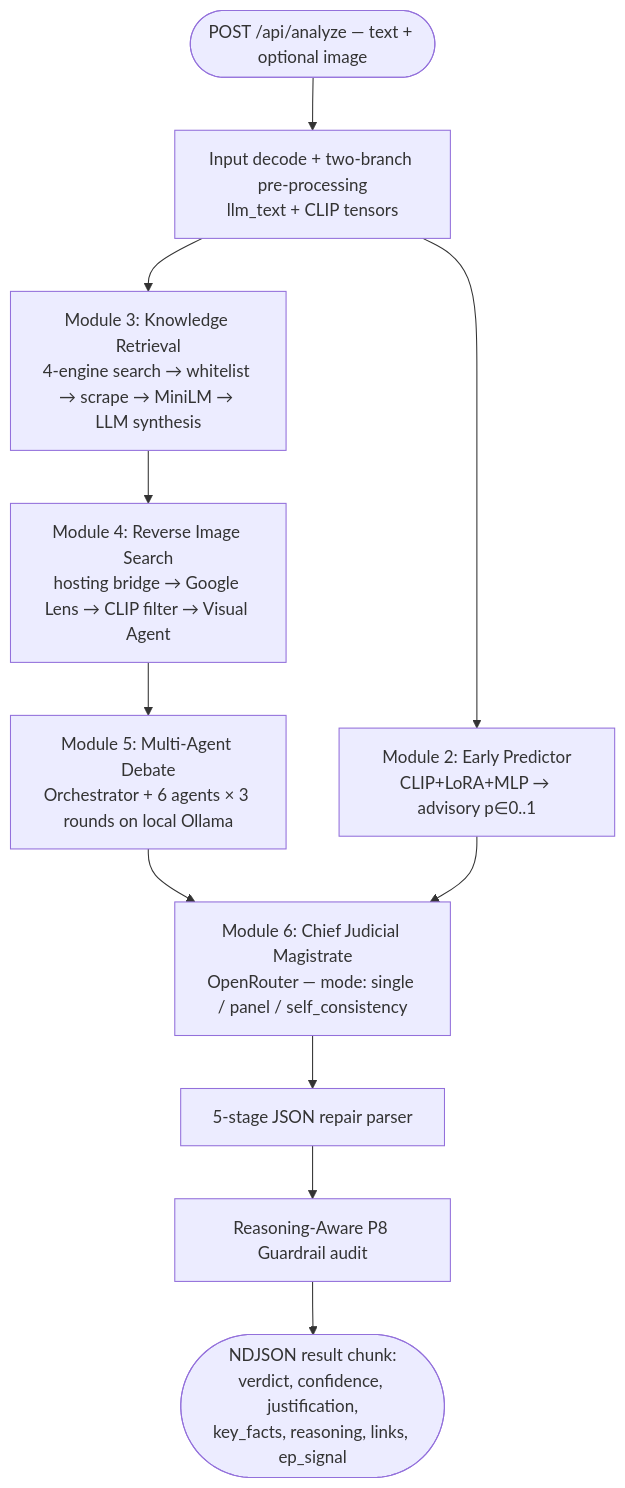
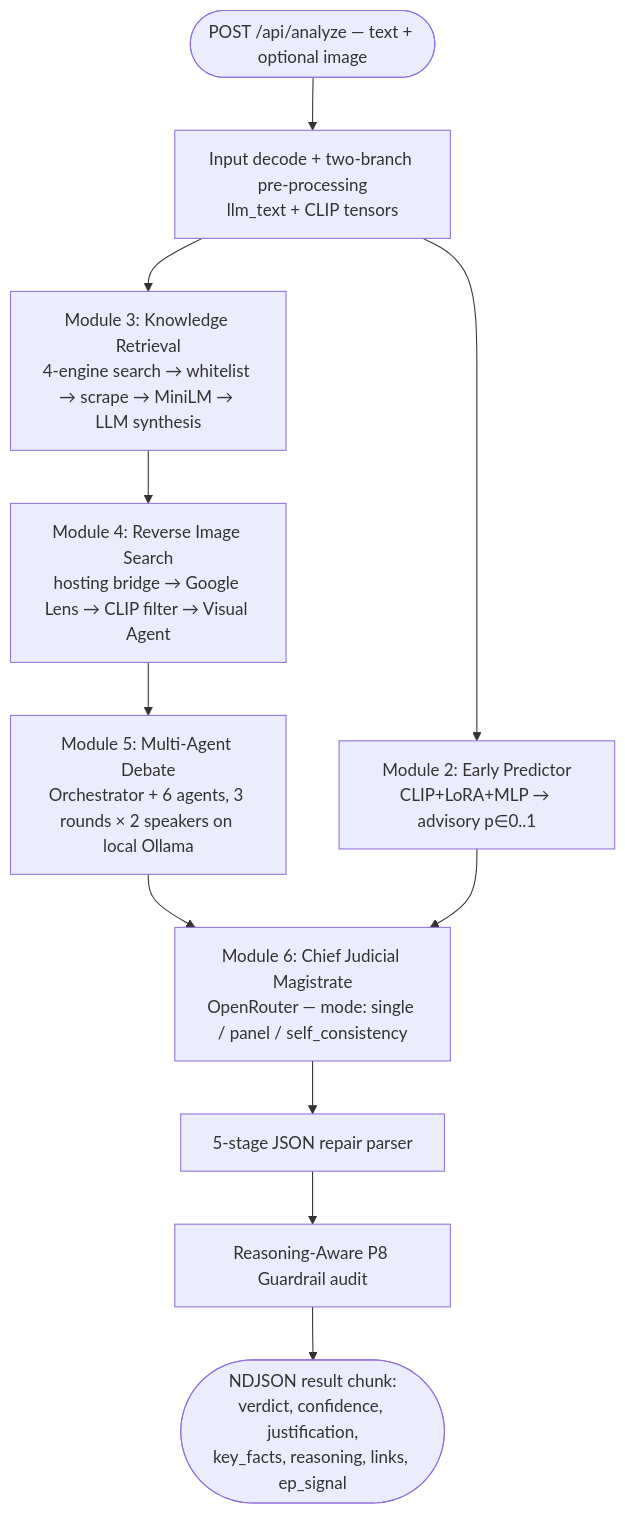
The diagram in docs/RAHMAD_COMPREHENSIVE_SYSTEM_DOCUMENTATION.md (MeTheGreat1474/RAHMAD), drawn with Mermaid before and after one commit. The commit also changed other lines of this file and 11 other files, not shown here.

````diff
--- a/docs/RAHMAD_COMPREHENSIVE_SYSTEM_DOCUMENTATION.md
+++ b/docs/RAHMAD_COMPREHENSIVE_SYSTEM_DOCUMENTATION.md
@@ -142,15 +142,15 @@
 ```mermaid
 flowchart TD
     User([POST /api/analyze — text + optional image]) --> M1[Input decode + two-branch pre-processing<br/>llm_text + CLIP tensors]
     
     M1 --> M2[Module 2: Early Predictor<br/>CLIP+LoRA+MLP → advisory p∈0..1]
     M1 --> M3[Module 3: Knowledge Retrieval<br/>4-engine search → whitelist → scrape → MiniLM → LLM synthesis]
     M3 --> M4[Module 4: Reverse Image Search<br/>hosting bridge → Google Lens → CLIP filter → Visual Agent]
-    M4 --> M5[Module 5: Multi-Agent Debate<br/>Orchestrator + 6 agents × 3 rounds on local Ollama]
+    M4 --> M5[Module 5: Multi-Agent Debate<br/>Orchestrator + 6 agents, 3 rounds × 2 speakers on local Ollama]
     M5 --> M6[Module 6: Chief Judicial Magistrate<br/>OpenRouter — mode: single / panel / self_consistency]
     M2 --> M6
     
     M6 --> J_Parse[5-stage JSON repair parser]
     J_Parse --> P8[Reasoning-Aware P8 Guardrail audit]
     P8 --> FinalResult([NDJSON result chunk:<br/>verdict, confidence, justification,<br/>key_facts, reasoning, links, ep_signal])
 ```
````
